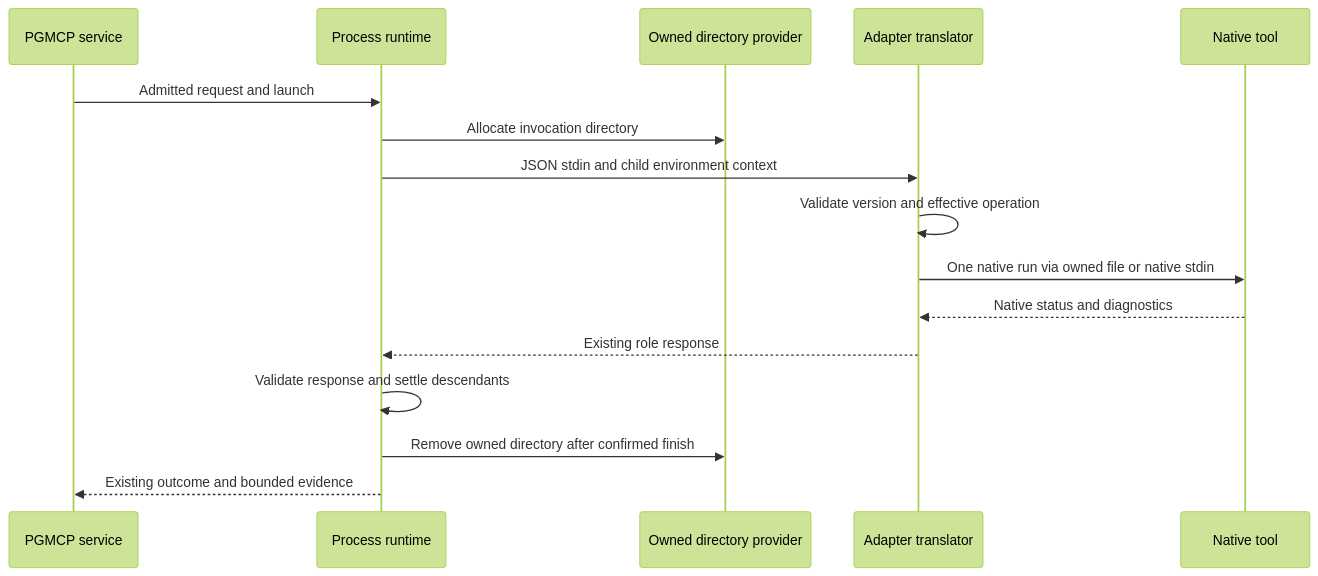
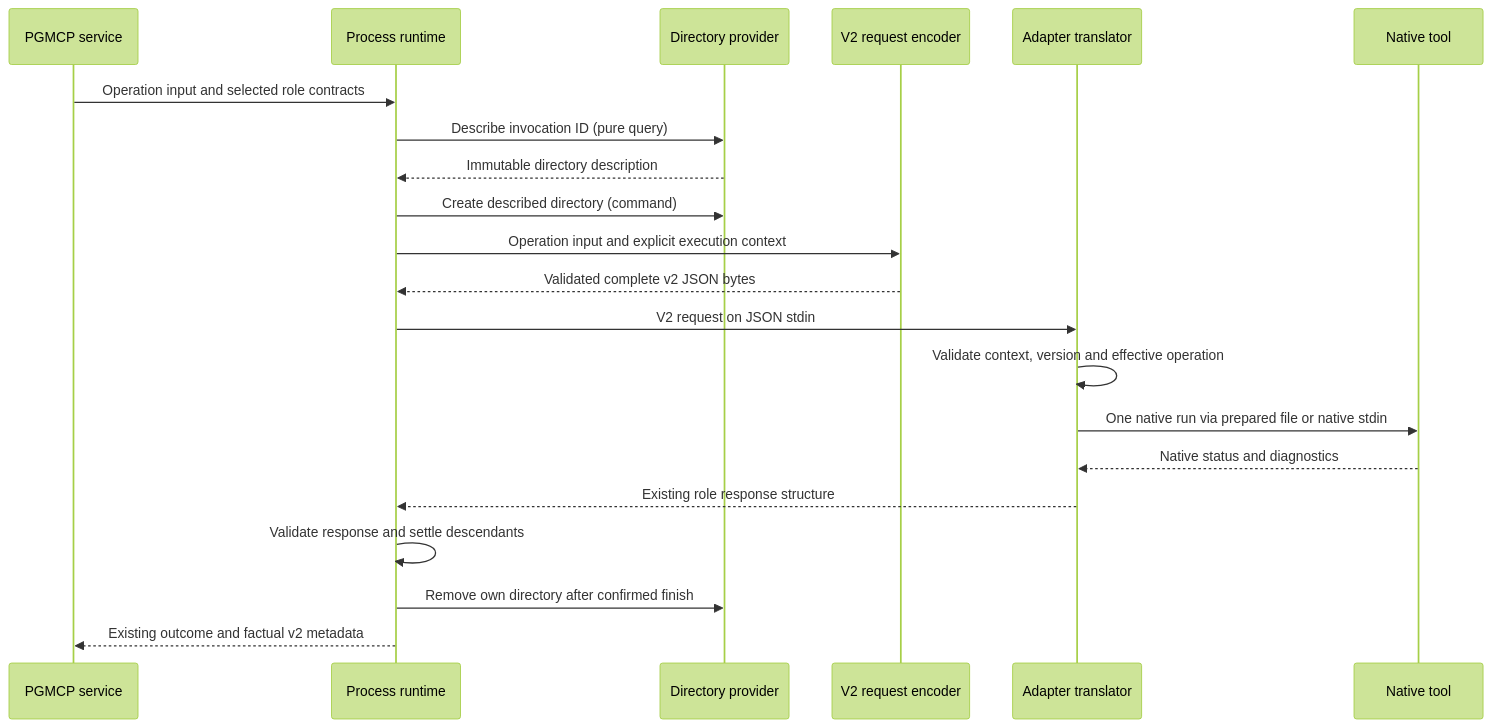
Before and after one commit to MikeyVK/phase-gate-mcp: the diagram in docs/development/issue469/design.md, drawn with Mermaid (forest theme). The commit also changed other lines of this file and 1 other file, not shown here.

````diff
--- a/docs/development/issue469/design.md
+++ b/docs/development/issue469/design.md
@@ -280,18 +372,23 @@
 ```mermaid
 sequenceDiagram
     participant S as PGMCP service
     participant R as Process runtime
-    participant T as Owned directory provider
+    participant T as Directory provider
+    participant E as V2 request encoder
     participant A as Adapter translator
     participant N as Native tool
-    S->>R: Admitted request and launch
-    R->>T: Allocate invocation directory
-    R->>A: JSON stdin and child environment context
-    A->>A: Validate version and effective operation
-    A->>N: One native run via owned file or native stdin
+    S->>R: Operation input and selected role contracts
+    R->>T: Describe invocation ID (pure query)
+    T-->>R: Immutable directory description
+    R->>T: Create described directory (command)
+    R->>E: Operation input and explicit execution context
+    E-->>R: Validated complete v2 JSON bytes
+    R->>A: V2 request on JSON stdin
+    A->>A: Validate context, version and effective operation
+    A->>N: One native run via prepared file or native stdin
     N-->>A: Native status and diagnostics
-    A-->>R: Existing role response
+    A-->>R: Existing role response structure
     R->>R: Validate response and settle descendants
-    R->>T: Remove owned directory after confirmed finish
-    R-->>S: Existing outcome and bounded evidence
+    R->>T: Remove own directory after confirmed finish
+    R-->>S: Existing outcome and factual v2 metadata
 ```
````
